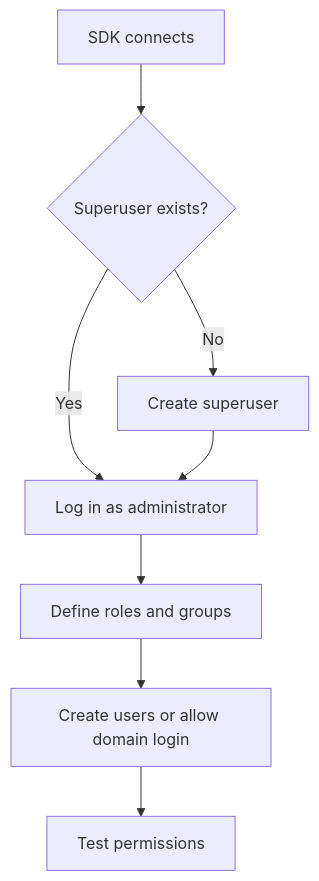
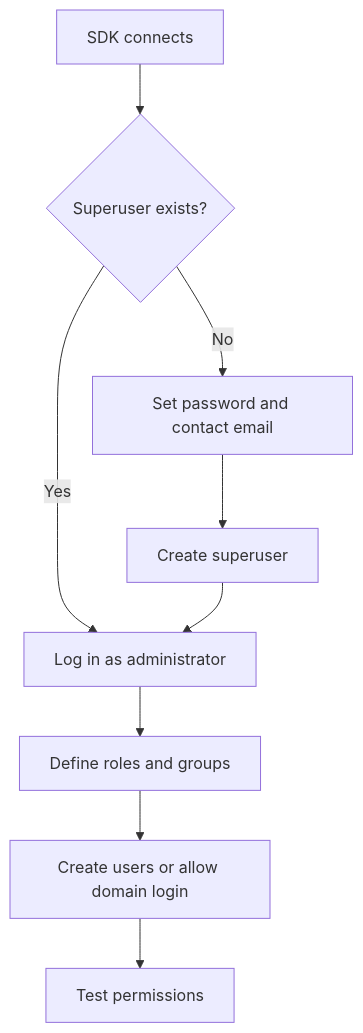
One commit to ImagingTools/Puma changed the seventh of 19 diagrams in Docs/Benutzerhandbuch/Benutzerhandbuch_EN.md. Above: the diagram before and after it, drawn with Mermaid. The commit also changed other lines of this file and 1 other file, not shown here.

````diff
--- a/Docs/Benutzerhandbuch/Benutzerhandbuch_EN.md
+++ b/Docs/Benutzerhandbuch/Benutzerhandbuch_EN.md
@@ -157,10 +215,11 @@
 ```mermaid
 flowchart TD
     A[SDK connects] --> B{Superuser exists?}
-    B -->|No| C[Create superuser]
+    B -->|No| C[Set password and contact email]
+    C --> H[Create superuser]
     B -->|Yes| D[Log in as administrator]
-    C --> D
+    H --> D
     D --> E[Define roles and groups]
     E --> F[Create users or allow domain login]
     F --> G[Test permissions]
 ```
````
